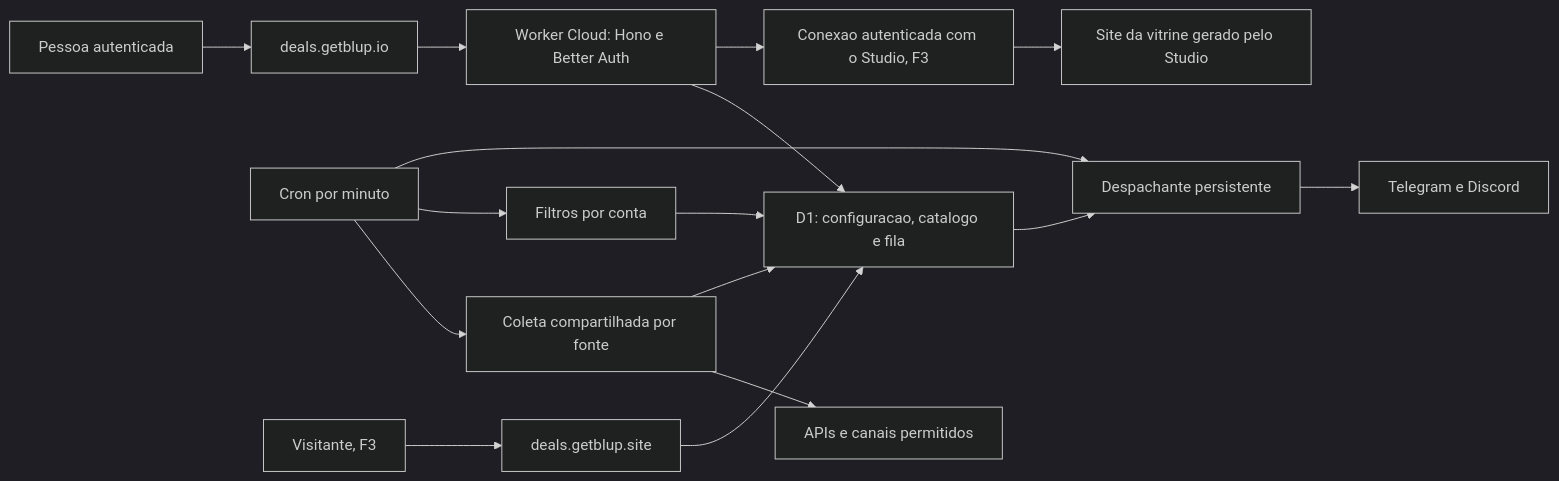
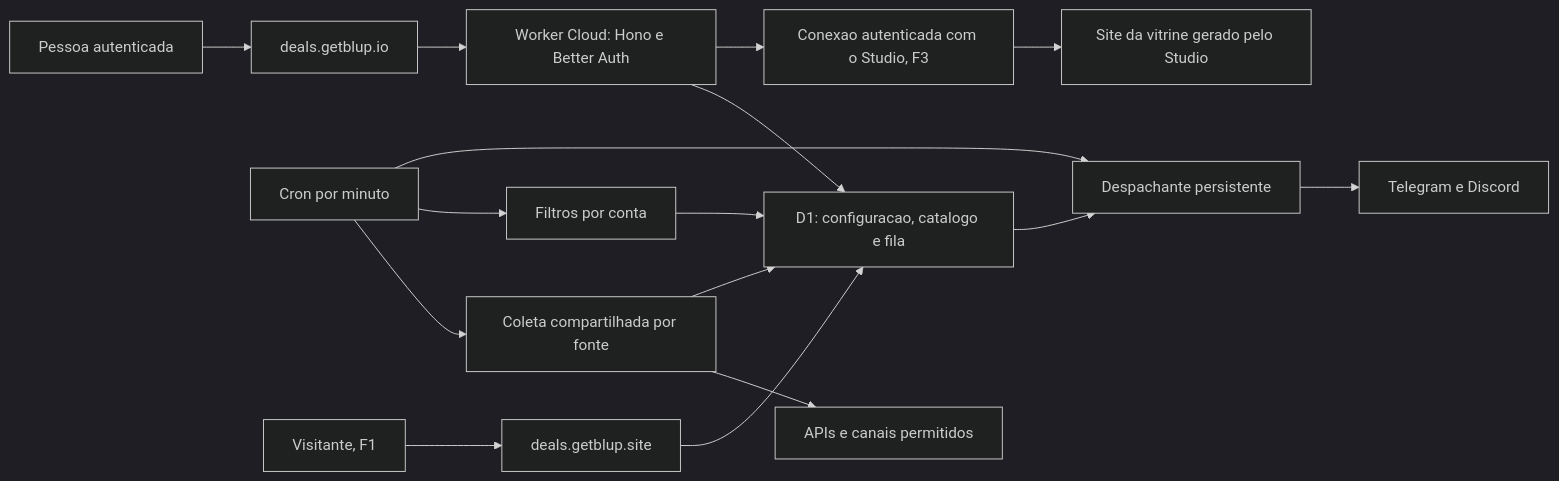
The diagram in docs/spec/blup-deals.md (gabriellsalesx/blup), drawn with Mermaid (dark theme) before and after one commit. The commit also changed other lines of this file and 73 other files, not shown here.

````diff
--- a/docs/spec/blup-deals.md
+++ b/docs/spec/blup-deals.md
@@ -159,18 +209,18 @@
 ```mermaid
 flowchart LR
   Pessoa[Pessoa autenticada] --> Painel[deals.getblup.io]
   Painel --> API[Worker Cloud: Hono e Better Auth]
   API --> D1[D1: configuracao, catalogo e fila]
   Cron[Cron por minuto] --> Coleta[Coleta compartilhada por fonte]
   Coleta --> Fontes[APIs e canais permitidos]
   Coleta --> D1
   Cron --> Cacadas[Filtros por conta]
   Cacadas --> D1
   Cron --> Fila[Despachante persistente]
   D1 --> Fila
   Fila --> Bots[Telegram e Discord]
-  Visitante[Visitante, F3] --> Publico[deals.getblup.site]
+  Visitante[Visitante, F1] --> Publico[deals.getblup.site]
   Publico --> D1
   API --> Studio[Conexao autenticada com o Studio, F3]
   Studio --> Site[Site da vitrine gerado pelo Studio]
 ```
````
